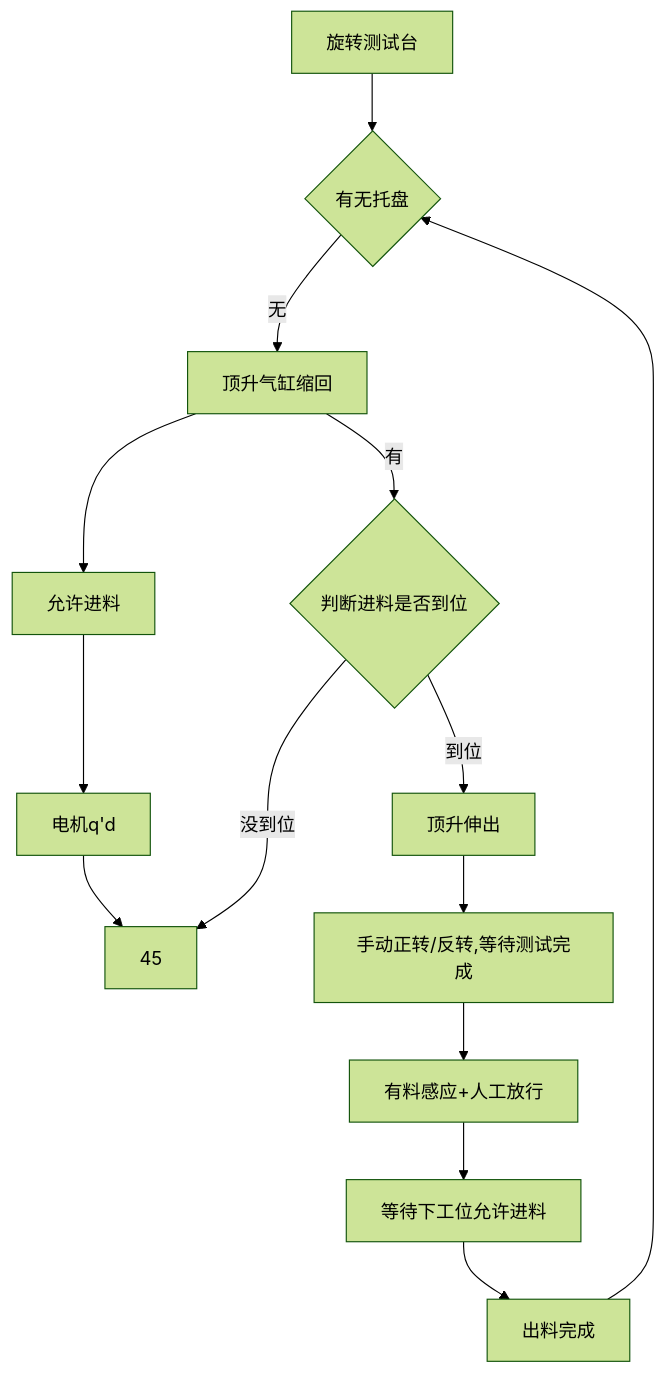
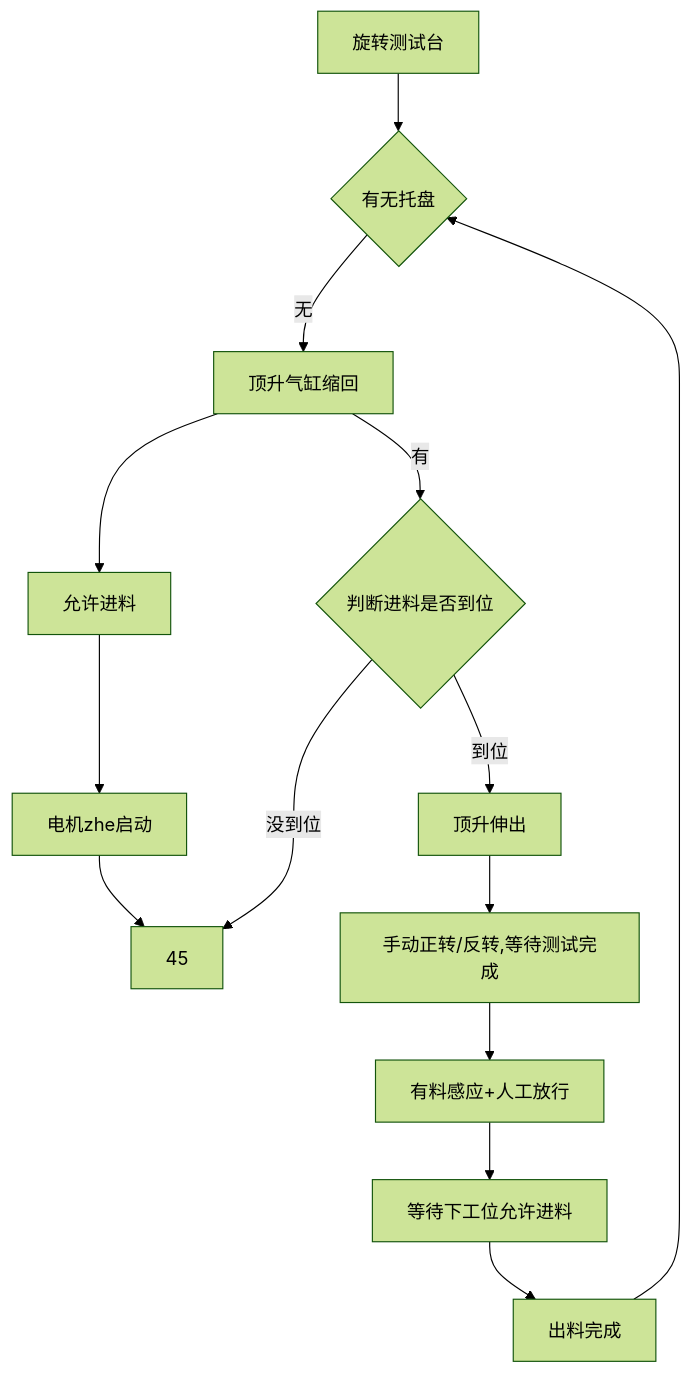
The diagram in all/旋转测试台.md (PengKun1/iodraw-files), drawn with Mermaid (forest theme) before and after one commit.

Commit message:
2024-12-23 16:32:53 update

````diff
--- a/all/旋转测试台.md
+++ b/all/旋转测试台.md
@@ -1,16 +1,16 @@
 ```mermaid
 graph TD
 0[旋转测试台]-->10
 10{有无托盘}-->|无|20
 20-->|有|50
 20[顶升气缸缩回]-->30
 30[允许进料]-->40
-40[电机q'd]-->45
+40[电机zhe启动]-->45
 50{判断进料是否到位}-->|到位|60 
 50-->|没到位|45
 60[顶升伸出]-->70
 70[手动正转/反转,等待测试完成]-->80
 80[有料感应+人工放行]-->90
 90[等待下工位允许进料]-->100
 100[出料完成]-->10
 ```
````
